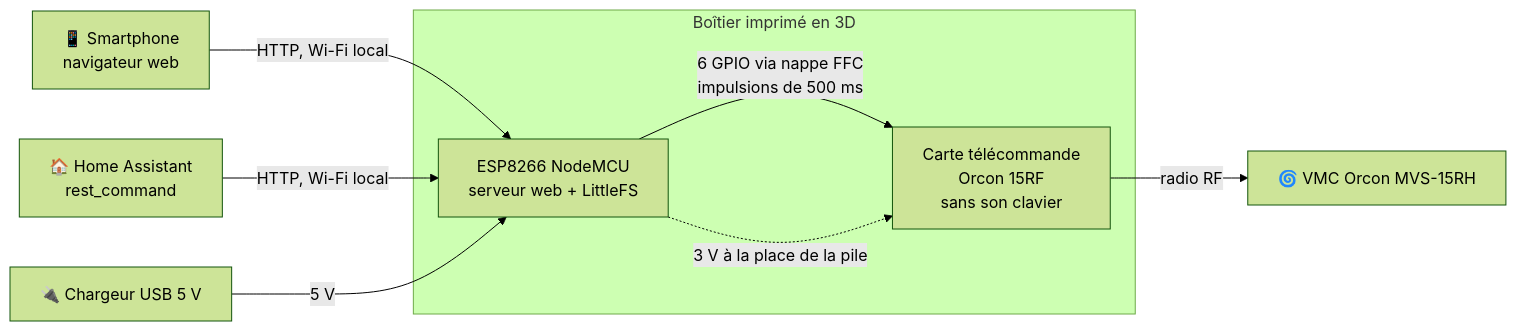
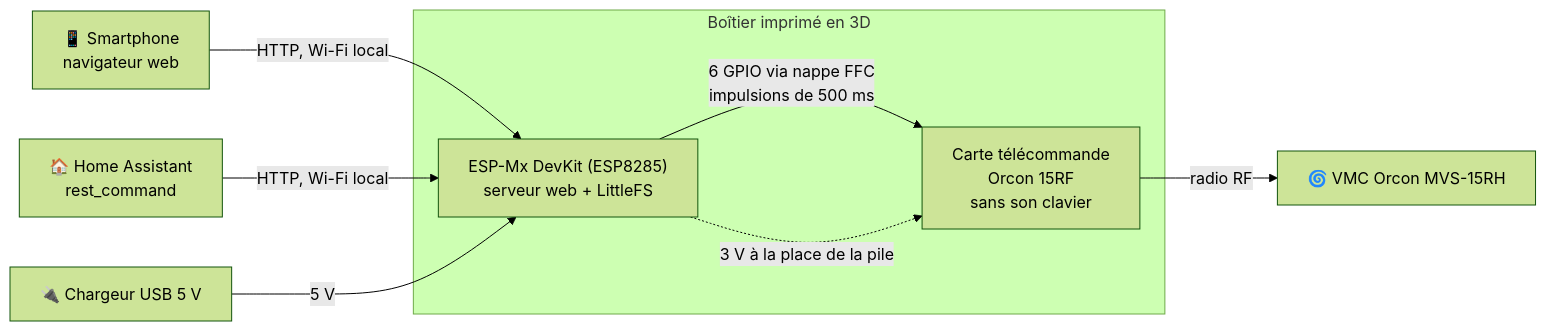
The diagram in README.md (fred2u/VMC-Controller), drawn with Mermaid (forest theme) before and after one commit. The commit also changed other lines of this file and 9 other files, not shown here.

````diff
--- a/README.md
+++ b/README.md
@@ -31,20 +32,20 @@
 ```mermaid
 flowchart LR
     phone["📱 Smartphone<br/>navigateur web"]
     ha["🏠 Home Assistant<br/>rest_command"]
     usb["🔌 Chargeur USB 5 V"]
 
     subgraph box["Boîtier imprimé en 3D"]
-        esp["ESP8266 NodeMCU<br/>serveur web + LittleFS"]
+        esp["ESP-Mx DevKit (ESP8285)<br/>serveur web + LittleFS"]
         remote["Carte télécommande<br/>Orcon 15RF<br/>sans son clavier"]
     end
 
     vmc["🌀 VMC Orcon MVS-15RH"]
 
     phone -- "HTTP, Wi-Fi local" --> esp
     ha -- "HTTP, Wi-Fi local" --> esp
     usb -- "5 V" --> esp
     esp -- "6 GPIO via nappe FFC<br/>impulsions de 500 ms" --> remote
     esp -. "3 V à la place de la pile" .-> remote
     remote -- "radio RF" --> vmc
 ```
````
